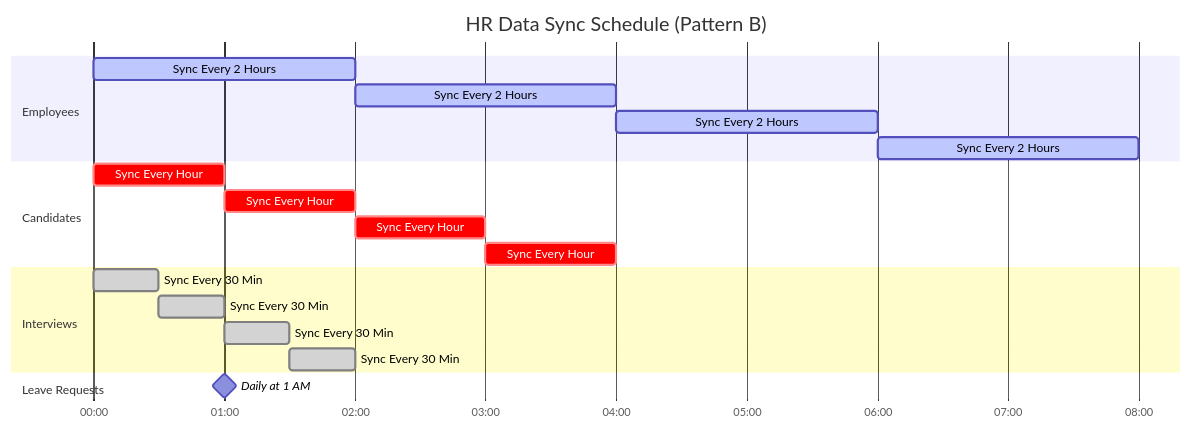
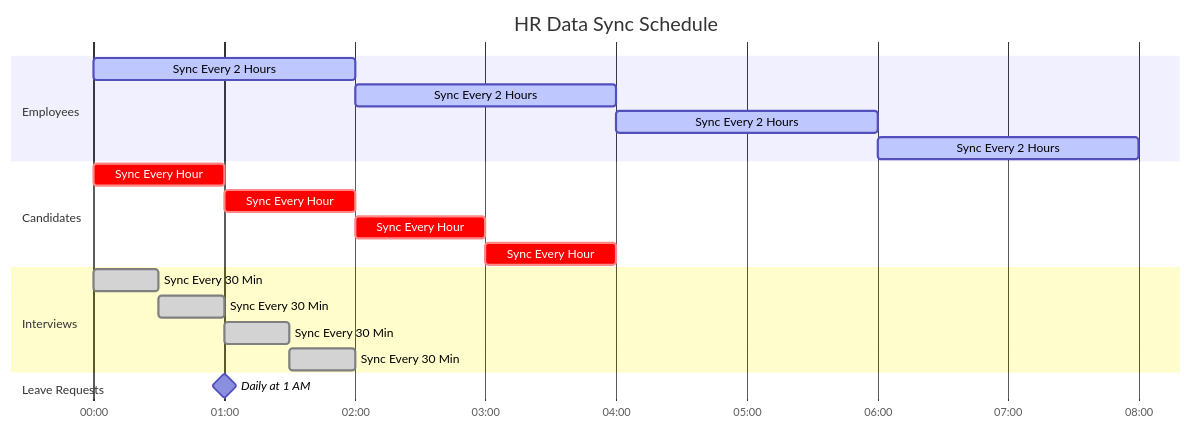
One commit to nathanmendis/project-harvey-test changed the fifth of 8 diagrams in Documentiation/HR_INTEGRATION_DIAGRAMS.md. Above: the diagram before and after it, drawn with Mermaid. The commit also changed other lines of this file and 3 other files, not shown here.

````diff
--- a/Documentiation/HR_INTEGRATION_DIAGRAMS.md
+++ b/Documentiation/HR_INTEGRATION_DIAGRAMS.md
@@ -230,27 +230,27 @@
 ```mermaid
 gantt
-    title HR Data Sync Schedule (Pattern B)
+    title HR Data Sync Schedule
     dateFormat HH:mm
     axisFormat %H:%M
 
     section Employees
     Sync Every 2 Hours    :active, emp1, 00:00, 2h
     Sync Every 2 Hours    :active, emp2, 02:00, 2h
     Sync Every 2 Hours    :active, emp3, 04:00, 2h
     Sync Every 2 Hours    :active, emp4, 06:00, 2h
 
     section Candidates
     Sync Every Hour       :crit, cand1, 00:00, 1h
     Sync Every Hour       :crit, cand2, 01:00, 1h
     Sync Every Hour       :crit, cand3, 02:00, 1h
     Sync Every Hour       :crit, cand4, 03:00, 1h
 
     section Interviews
     Sync Every 30 Min     :done, int1, 00:00, 30m
     Sync Every 30 Min     :done, int2, 00:30, 30m
     Sync Every 30 Min     :done, int3, 01:00, 30m
     Sync Every 30 Min     :done, int4, 01:30, 30m
 
     section Leave Requests
     Daily at 1 AM         :milestone, leave1, 01:00, 0m
 ```
````
